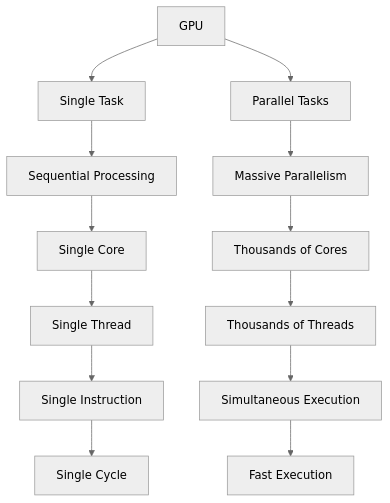
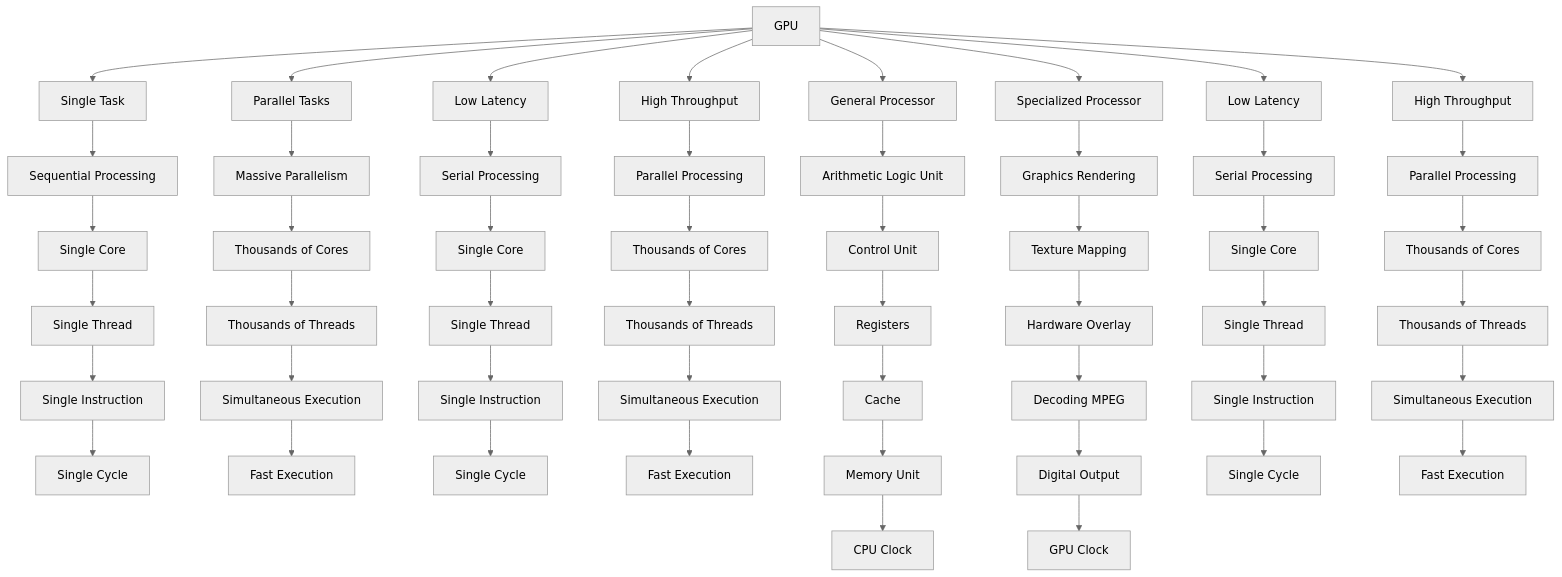
The second of 2 diagrams in Overview.MD (shwetang007/Learn_CUDA), drawn with Mermaid (neutral theme) before and after one commit. The commit also changed other lines of this file, not shown here.

````diff
--- a/Overview.MD
+++ b/Overview.MD
@@ -135,16 +131,60 @@
 ```mermaid
 graph TD
 A[CPU] --> B[Single Task]
 B --> C[Sequential Processing]
 C --> D[Single Core]
 D --> E[Single Thread]
 E --> F[Single Instruction]
 F --> G[Single Cycle]
 
 A[GPU] --> H[Parallel Tasks]
 H --> I[Massive Parallelism]
 I --> J[Thousands of Cores]
 J --> K[Thousands of Threads]
 K --> L[Simultaneous Execution]
 L --> M[Fast Execution]
+
+A[CPU] --> N[Low Latency]
+N --> O[Serial Processing]
+O --> P[Single Core]
+P --> Q[Single Thread]
+Q --> R[Single Instruction]
+R --> S[Single Cycle]
+
+A[GPU] --> T[High Throughput]
+T --> U[Parallel Processing]
+U --> V[Thousands of Cores]
+V --> W[Thousands of Threads]
+W --> X[Simultaneous Execution]
+X --> Y[Fast Execution]
+
+A[CPU] --> Z[General Processor]
+Z --> AA[Arithmetic Logic Unit]
+AA --> BB[Control Unit]
+BB --> CC[Registers]
+CC --> DD[Cache]
+DD --> EE[Memory Unit]
+EE --> FF[CPU Clock]
+
+A[GPU] --> GG[Specialized Processor]
+GG --> HH[Graphics Rendering]
+HH --> II[Texture Mapping]
+II --> JJ[Hardware Overlay]
+JJ --> KK[Decoding MPEG]
+KK --> LL[Digital Output]
+LL --> MM[GPU Clock]
+
+A[CPU] --> NN[Low Latency]
+NN --> OO[Serial Processing]
+OO --> PP[Single Core]
+PP --> QQ[Single Thread]
+QQ --> RR[Single Instruction]
+RR --> SS[Single Cycle]
+
+A[GPU] --> TT[High Throughput]
+TT --> UU[Parallel Processing]
+UU --> VV[Thousands of Cores]
+VV --> WW[Thousands of Threads]
+WW --> XX[Simultaneous Execution]
+XX --> YY[Fast Execution]
 ```
````
